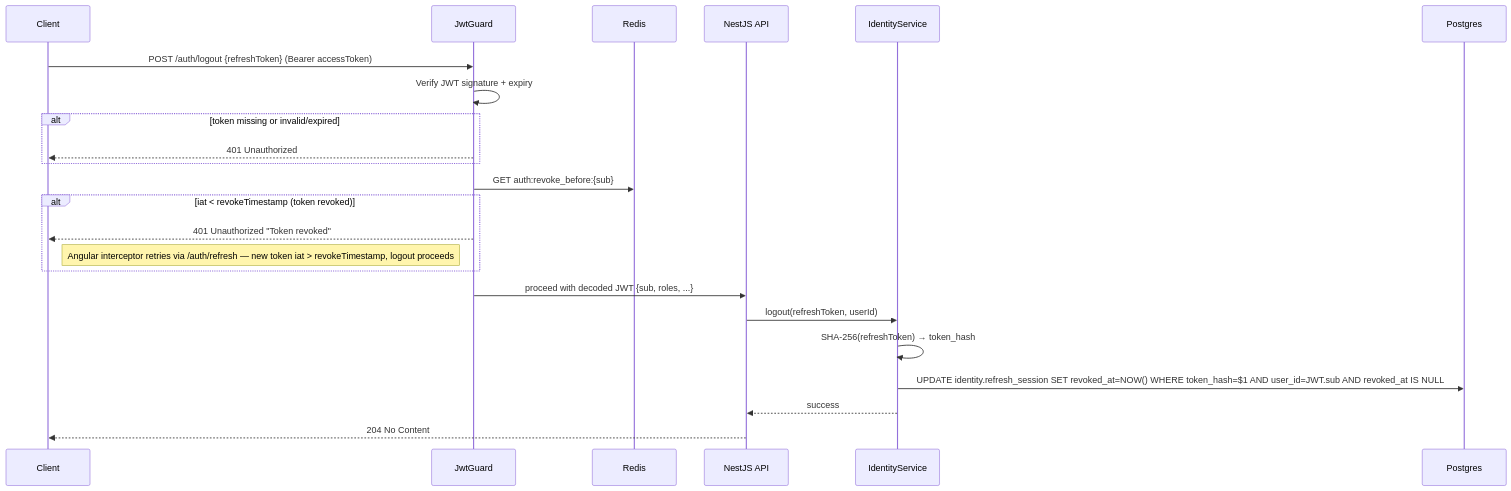
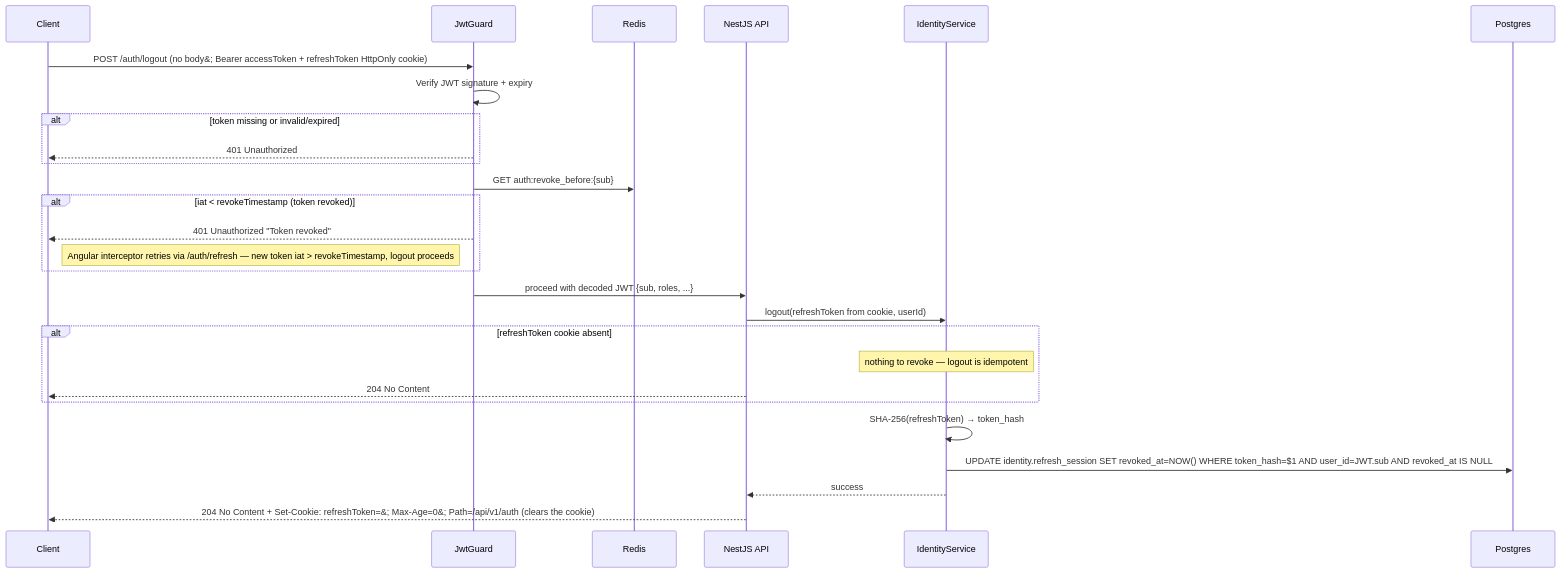
One commit to alisa-uthi/aliceut-ecom-document changed the fourth of 14 diagrams in phase-1/technical-design/api-design/auth.md. Above: the diagram before and after it, drawn with Mermaid. The commit also changed other lines of this file and 73 other files, not shown here.

````diff
--- a/phase-1/technical-design/api-design/auth.md
+++ b/phase-1/technical-design/api-design/auth.md
@@ -301,28 +381,32 @@
 ```mermaid
 sequenceDiagram
     participant C as Client
     participant G as JwtGuard
     participant R as Redis
     participant A as NestJS API
     participant IS as IdentityService
     participant PG as Postgres
 
-    C->>G: POST /auth/logout {refreshToken} (Bearer accessToken)
+    C->>G: POST /auth/logout (no body&#59; Bearer accessToken + refreshToken HttpOnly cookie)
     G->>G: Verify JWT signature + expiry
     alt token missing or invalid/expired
         G-->>C: 401 Unauthorized
     end
     G->>R: GET auth:revoke_before:{sub}
     alt iat < revokeTimestamp (token revoked)
         G-->>C: 401 Unauthorized "Token revoked"
         Note right of C: Angular interceptor retries via /auth/refresh — new token iat > revokeTimestamp, logout proceeds
     end
     G->>A: proceed with decoded JWT {sub, roles, ...}
 
-    A->>IS: logout(refreshToken, userId)
+    A->>IS: logout(refreshToken from cookie, userId)
+    alt refreshToken cookie absent
+        Note over IS: nothing to revoke — logout is idempotent
+        A-->>C: 204 No Content
+    end
     IS->>IS: SHA-256(refreshToken) → token_hash
     IS->>PG: UPDATE identity.refresh_session SET revoked_at=NOW() WHERE token_hash=$1 AND user_id=JWT.sub AND revoked_at IS NULL
 
     IS-->>A: success
-    A-->>C: 204 No Content
+    A-->>C: 204 No Content + Set-Cookie: refreshToken=&#59; Max-Age=0&#59; Path=/api/v1/auth (clears the cookie)
 ```
````
